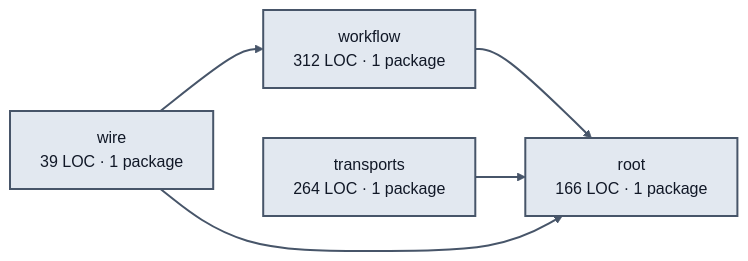
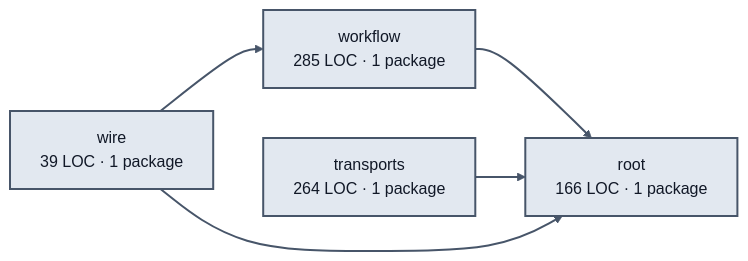
The diagram in docs/architecture/visualizations/services/system_initialization.md (portpowered/you-agent-factory), drawn with Mermaid before and after one commit. The commit also changed other lines of this file and 20 other files, not shown here.

Commit message:
docs: refresh backend architecture visualizations

````diff
--- a/docs/architecture/visualizations/services/system_initialization.md
+++ b/docs/architecture/visualizations/services/system_initialization.md
@@ -11,16 +11,16 @@
 ```mermaid
 flowchart LR
-  p0["workflow<br/>312 LOC · 1 package"]
+  p0["workflow<br/>285 LOC · 1 package"]
   p1["root<br/>166 LOC · 1 package"]
   p2["transports<br/>264 LOC · 1 package"]
   p3["wire<br/>39 LOC · 1 package"]
   p0 --> p1
   p2 --> p1
   p3 --> p0
   p3 --> p1
   style p0 fill:#e2e8f0,stroke:#475569,stroke-width:2px,color:#111827
   style p1 fill:#e2e8f0,stroke:#475569,stroke-width:2px,color:#111827
   style p2 fill:#e2e8f0,stroke:#475569,stroke-width:2px,color:#111827
   style p3 fill:#e2e8f0,stroke:#475569,stroke-width:2px,color:#111827
   linkStyle default stroke:#475569,stroke-width:2px
 ```
````
